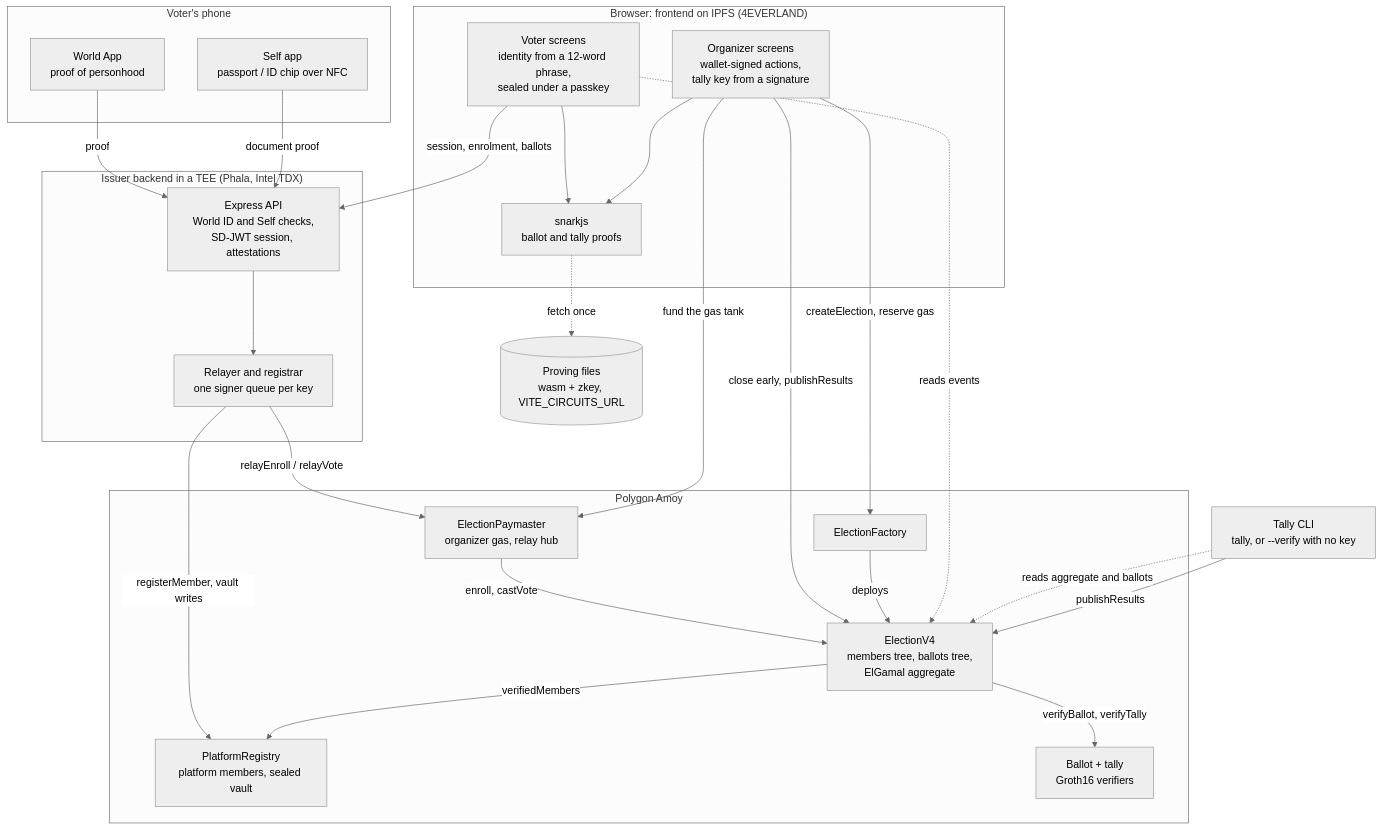
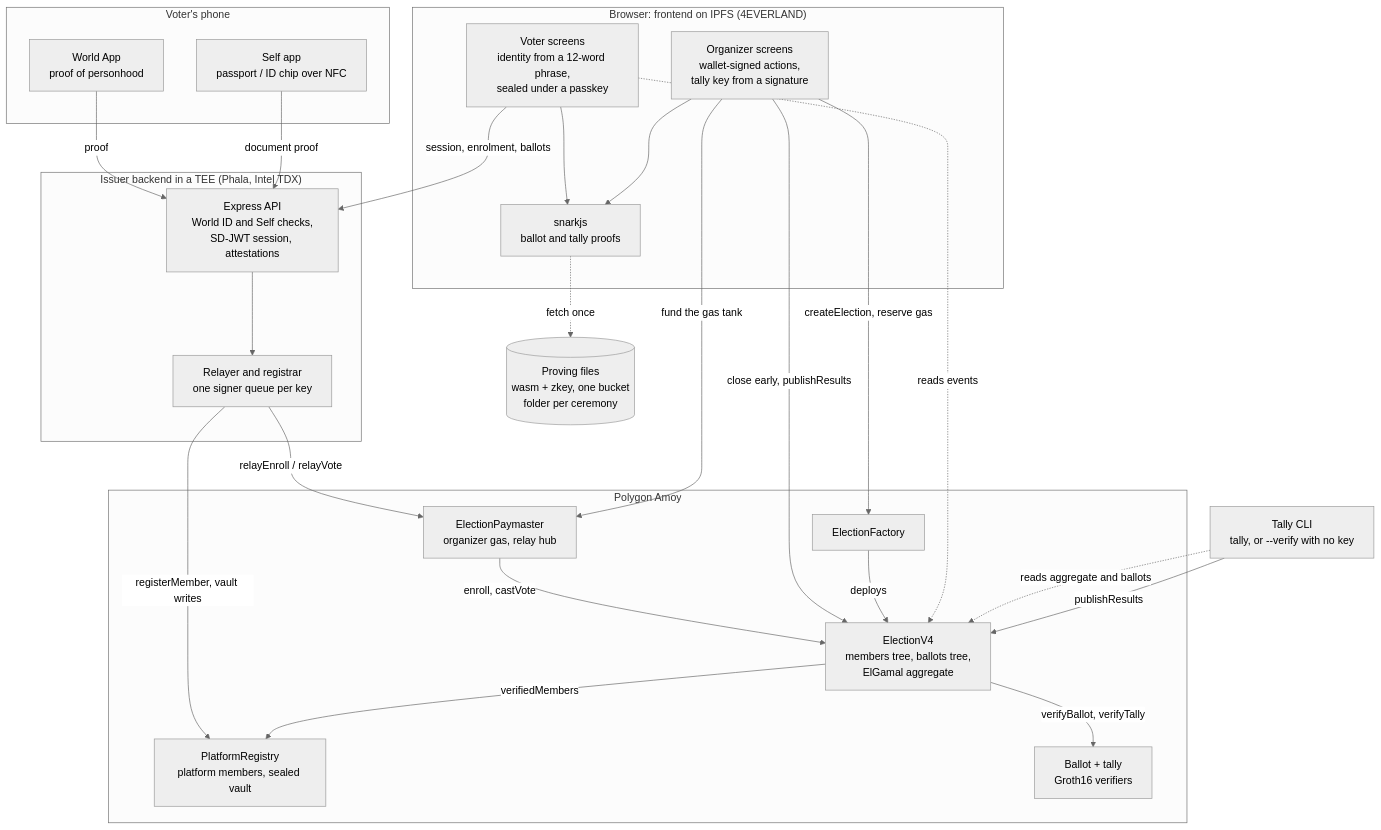
One commit to CodeInIA/votain changed the first of 2 diagrams in README.md. Above: the diagram before and after it, drawn with Mermaid (neutral theme). The commit also changed 20 other files, not shown here.

First line of the commit message:
feat(circuits): publish the proving files with the deployment, and check them in CI

````diff
--- a/README.md
+++ b/README.md
@@ -68,50 +68,50 @@
 ```mermaid
 flowchart TB
   subgraph phone["Voter's phone"]
     worldapp["World App<br/>proof of personhood"]
     selfapp["Self app<br/>passport / ID chip over NFC"]
   end
 
   subgraph browser["Browser: frontend on IPFS (4EVERLAND)"]
     voter["Voter screens<br/>identity from a 12-word phrase,<br/>sealed under a passkey"]
     organizer["Organizer screens<br/>wallet-signed actions,<br/>tally key from a signature"]
     prover["snarkjs<br/>ballot and tally proofs"]
   end
 
-  circuitfiles[("Proving files<br/>wasm + zkey, VITE_CIRCUITS_URL")]
+  circuitfiles[("Proving files<br/>wasm + zkey, one bucket<br/>folder per ceremony")]
 
   subgraph tee["Issuer backend in a TEE (Phala, Intel TDX)"]
     api["Express API<br/>World ID and Self checks,<br/>SD-JWT session, attestations"]
     relayer["Relayer and registrar<br/>one signer queue per key"]
   end
 
   subgraph chain["Polygon Amoy"]
     factory["ElectionFactory"]
     election["ElectionV4<br/>members tree, ballots tree,<br/>ElGamal aggregate"]
     paymaster["ElectionPaymaster<br/>organizer gas, relay hub"]
     registry["PlatformRegistry<br/>platform members, sealed vault"]
     verifiers["Ballot + tally<br/>Groth16 verifiers"]
   end
 
   cli["Tally CLI<br/>tally, or --verify with no key"]
 
   worldapp -- "proof" --> api
   selfapp -- "document proof" --> api
   voter -- "session, enrolment, ballots" --> api
   voter --> prover
   organizer --> prover
   prover -. "fetch once" .-> circuitfiles
   api --> relayer
   relayer -- "registerMember, vault writes" --> registry
   relayer -- "relayEnroll / relayVote" --> paymaster
   paymaster -- "enroll, castVote" --> election
   organizer -- "createElection, reserve gas" --> factory
   organizer -- "close early, publishResults" --> election
   organizer -- "fund the gas tank" --> paymaster
   factory -- "deploys" --> election
   election -- "verifyBallot, verifyTally" --> verifiers
   election -- "verifiedMembers" --> registry
   voter -. "reads events" .-> election
   cli -. "reads aggregate and ballots" .-> election
   cli -- "publishResults" --> election
 ```
````
